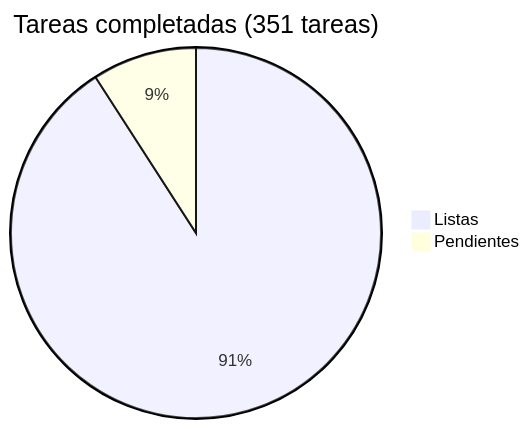
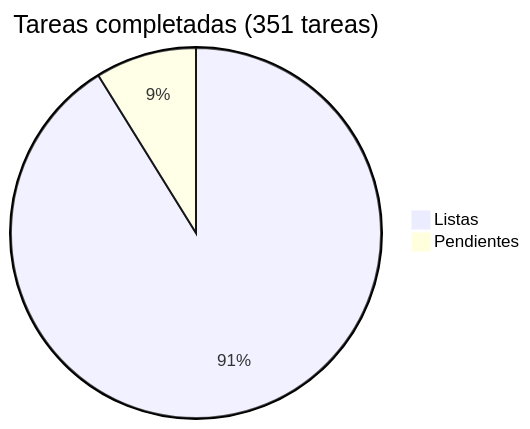
The diagram in docs/roadmap/README.md (araguaney-lat/araguaney), drawn with Mermaid before and after one commit. The commit also changed other lines of this file and 3 other files, not shown here.

````diff
--- a/docs/roadmap/README.md
+++ b/docs/roadmap/README.md
@@ -5,5 +5,5 @@
 ```mermaid
 pie title Tareas completadas (351 tareas)
-    "Listas" : 319
-    "Pendientes" : 32
+    "Listas" : 320
+    "Pendientes" : 31
 ```
````
